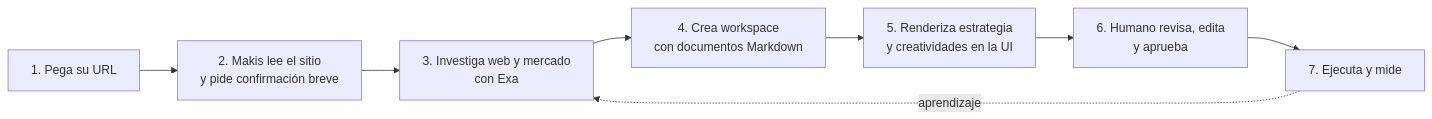
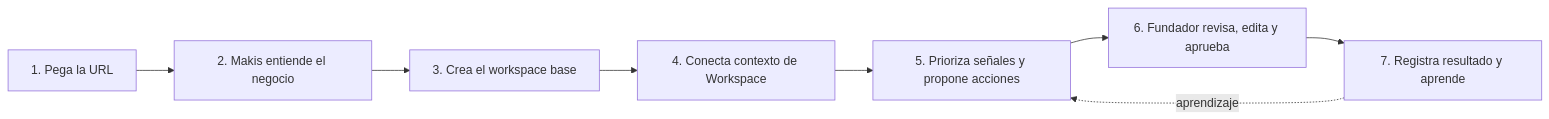
The diagram in PRD.md (Freddyx14/makis), drawn with Mermaid before and after one commit. The commit also changed other lines of this file, not shown here.

Commit message:
docs: reposition Makis as founder back office

````diff
--- a/PRD.md
+++ b/PRD.md
@@ -32,15 +42,10 @@
-```mermaid
+~~~mermaid
 flowchart LR
-    A["1. Pega su URL"] --> B["2. Makis lee el sitio
-y pide confirmación breve"]
-    B --> C["3. Investiga web y mercado
-con Exa"]
-    C --> D["4. Crea workspace
-con documentos Markdown"]
-    D --> E["5. Renderiza estrategia
-y creatividades en la UI"]
-    E --> F["6. Humano revisa, edita
-y aprueba"]
-    F --> G["7. Ejecuta y mide"]
-    G -. aprendizaje .-> C
-```
+    A["1. Pega la URL"] --> B["2. Makis entiende el negocio"]
+    B --> C["3. Crea el workspace base"]
+    C --> D["4. Conecta contexto de Workspace"]
+    D --> E["5. Prioriza señales y propone acciones"]
+    E --> F["6. Fundador revisa, edita y aprueba"]
+    F --> G["7. Registra resultado y aprende"]
+    G -. aprendizaje .-> E
+~~~
````
